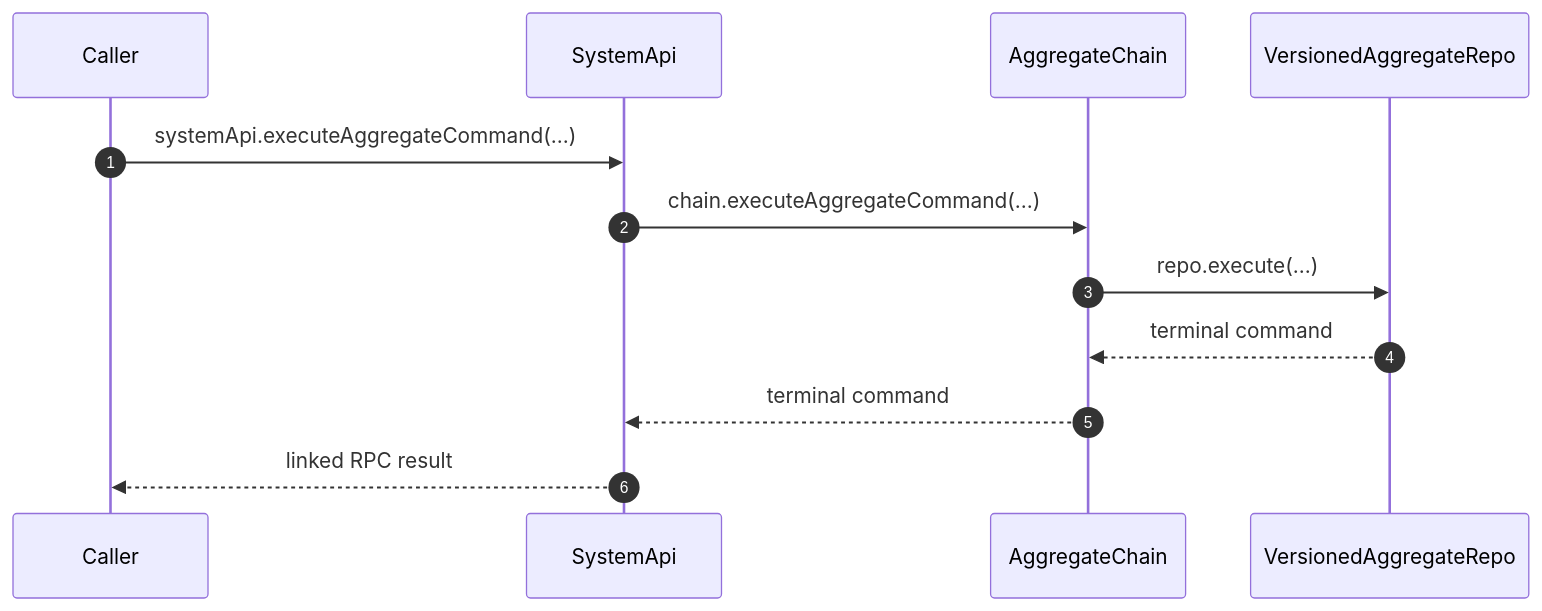
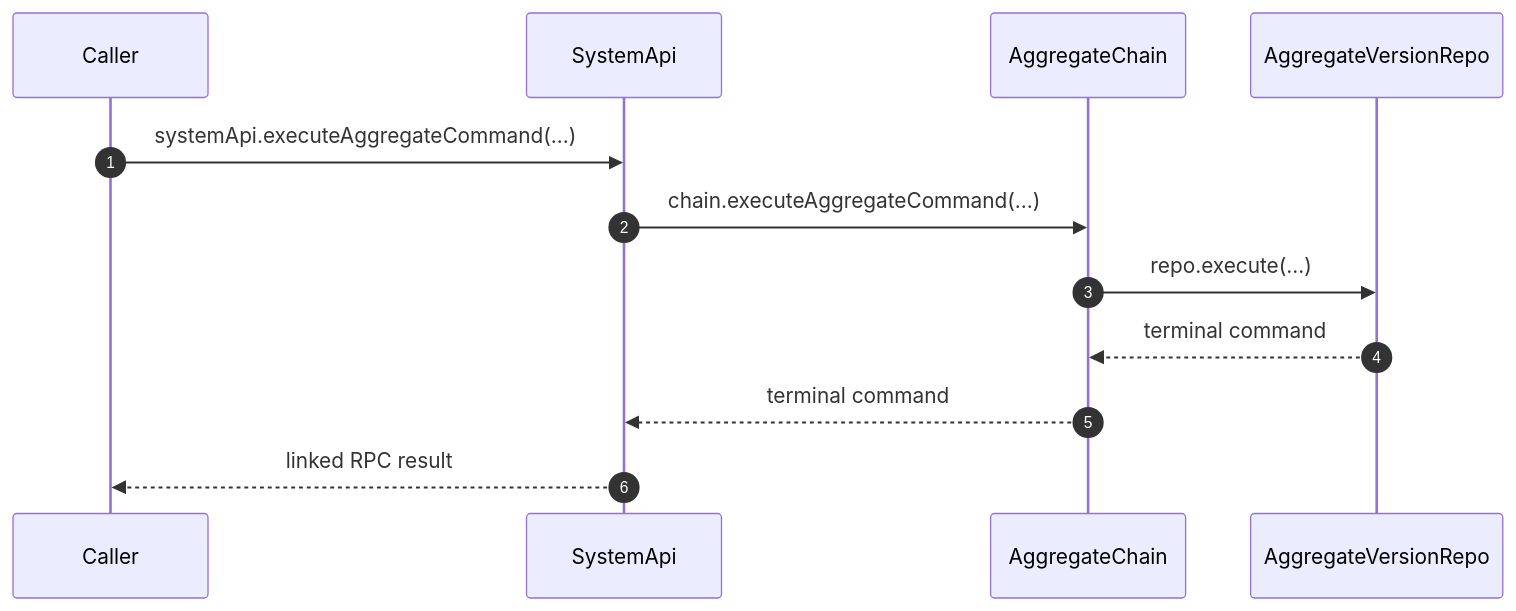
Before and after one commit to morgs32/qrk.sh: the diagram in wiki/architecture/server/executeAggregateCommand.md, drawn with Mermaid. The commit also changed other lines of this file and 1714 other files, not shown here.

````diff
--- a/wiki/architecture/server/executeAggregateCommand.md
+++ b/wiki/architecture/server/executeAggregateCommand.md
@@ -15,19 +15,19 @@
 ```mermaid
 sequenceDiagram
   participant Caller
   participant SystemApi
   participant AggregateChain
-  participant VersionedAggregateRepo
+  participant AggregateVersionRepo
   autonumber 1
   Caller->>SystemApi: systemApi.executeAggregateCommand(...)
   autonumber 2
   SystemApi->>AggregateChain: chain.executeAggregateCommand(...)
   autonumber 3
-  AggregateChain->>VersionedAggregateRepo: repo.execute(...)
+  AggregateChain->>AggregateVersionRepo: repo.execute(...)
   autonumber 4
-  VersionedAggregateRepo-->>AggregateChain: terminal command
+  AggregateVersionRepo-->>AggregateChain: terminal command
   autonumber 5
   AggregateChain-->>SystemApi: terminal command
   autonumber 6
   SystemApi-->>Caller: linked RPC result
 ```
````
